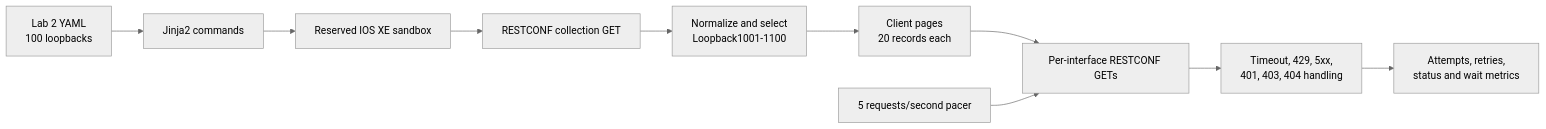
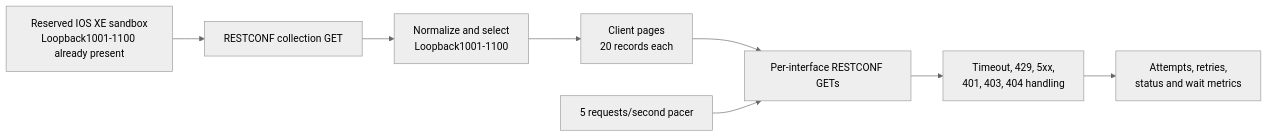
Before and after one commit to tanthanh85/CCNPAUTO: the diagram in LAB/Lab3/Lab3.md, drawn with Mermaid (neutral theme). The commit also changed other lines of this file and 10 other files, not shown here.

````diff
--- a/LAB/Lab3/Lab3.md
+++ b/LAB/Lab3/Lab3.md
@@ -49,13 +49,12 @@
 ```mermaid
 flowchart LR
-    YAML["Lab 2 YAML<br/>100 loopbacks"] --> Jinja["Jinja2 commands"]
-    Jinja --> XE["Reserved IOS XE sandbox"]
+    XE["Reserved IOS XE sandbox<br/>Loopback1001-1100 already present"]
     XE --> Collection["RESTCONF collection GET"]
     Collection --> Normalize["Normalize and select<br/>Loopback1001-1100"]
     Normalize --> Pages["Client pages<br/>20 records each"]
 
     Pages --> Detail["Per-interface RESTCONF GETs"]
     Pacer["5 requests/second pacer"] --> Detail
     Detail --> Errors["Timeout, 429, 5xx,<br/>401, 403, 404 handling"]
     Errors --> Metrics["Attempts, retries,<br/>status and wait metrics"]
 ```
````
